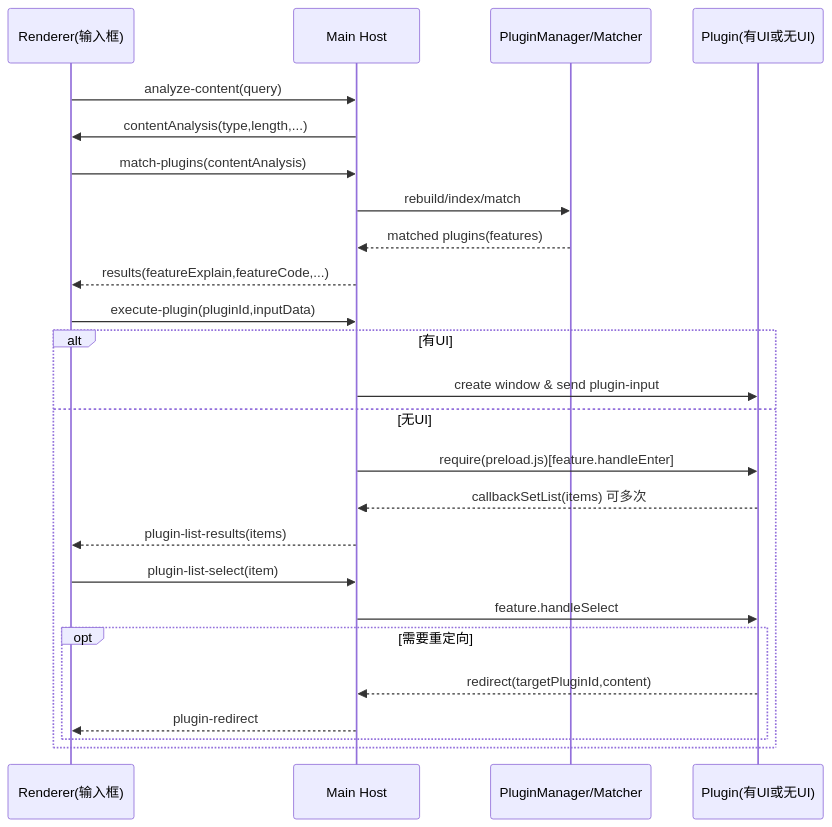
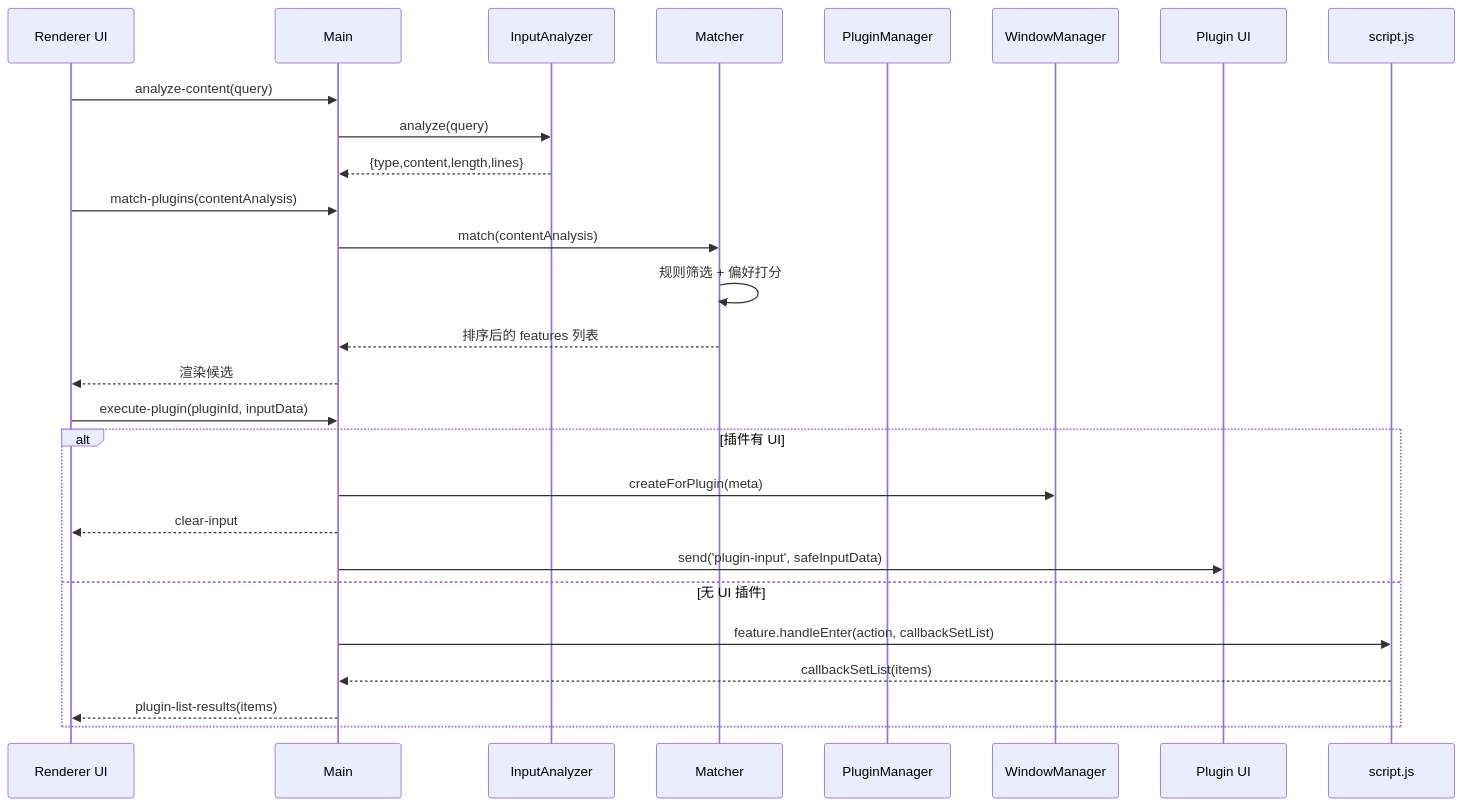
One commit to tuqigo/Toolbox changed the third of 8 diagrams in README.md. Above: the diagram before and after it, drawn with Mermaid. The commit also changed other lines of this file and 1 other file, not shown here.

````diff
--- a/README.md
+++ b/README.md
@@ -44,28 +121,26 @@
 ```mermaid
 sequenceDiagram
-  participant R as Renderer(输入框)
-  participant M as Main Host
-  participant PM as PluginManager/Matcher
-  participant P as Plugin(有UI或无UI)
-
-  R->>M: analyze-content(query)
-  M->>R: contentAnalysis(type,length,...)
-  R->>M: match-plugins(contentAnalysis)
-  M->>PM: rebuild/index/match
-  PM-->>M: matched plugins(features)
-  M-->>R: results(featureExplain,featureCode,...)
-  R->>M: execute-plugin(pluginId,inputData)
-  alt 有UI
-    M->>P: create window & send plugin-input
-  else 无UI
-    M->>P: require(preload.js)[feature.handleEnter]
-    P-->>M: callbackSetList(items) 可多次
-    M-->>R: plugin-list-results(items)
-    R->>M: plugin-list-select(item)
-    M->>P: feature.handleSelect
-    opt 需要重定向
-      P-->>M: redirect(targetPluginId,content)
-      M-->>R: plugin-redirect
-    end
+  participant UI as Renderer UI
+  participant Main as Main
+  participant An as InputAnalyzer
+  participant M as Matcher
+  participant PM as PluginManager
+  UI->>Main: analyze-content(query)
+  Main->>An: analyze(query)
+  An-->>Main: {type,content,length,lines}
+  UI->>Main: match-plugins(contentAnalysis)
+  Main->>M: match(contentAnalysis)
+  M->>M: 规则筛选 + 偏好打分
+  M-->>Main: 排序后的 features 列表
+  Main-->>UI: 渲染候选
+  UI->>Main: execute-plugin(pluginId, inputData)
+  alt 插件有 UI
+    Main->>WindowManager: createForPlugin(meta)
+    Main-->>UI: clear-input
+    Main->>Plugin UI: send('plugin-input', safeInputData)
+  else 无 UI 插件
+    Main->>script.js: feature.handleEnter(action, callbackSetList)
+    script.js-->>Main: callbackSetList(items)
+    Main-->>UI: plugin-list-results(items)
   end
 ```
````
